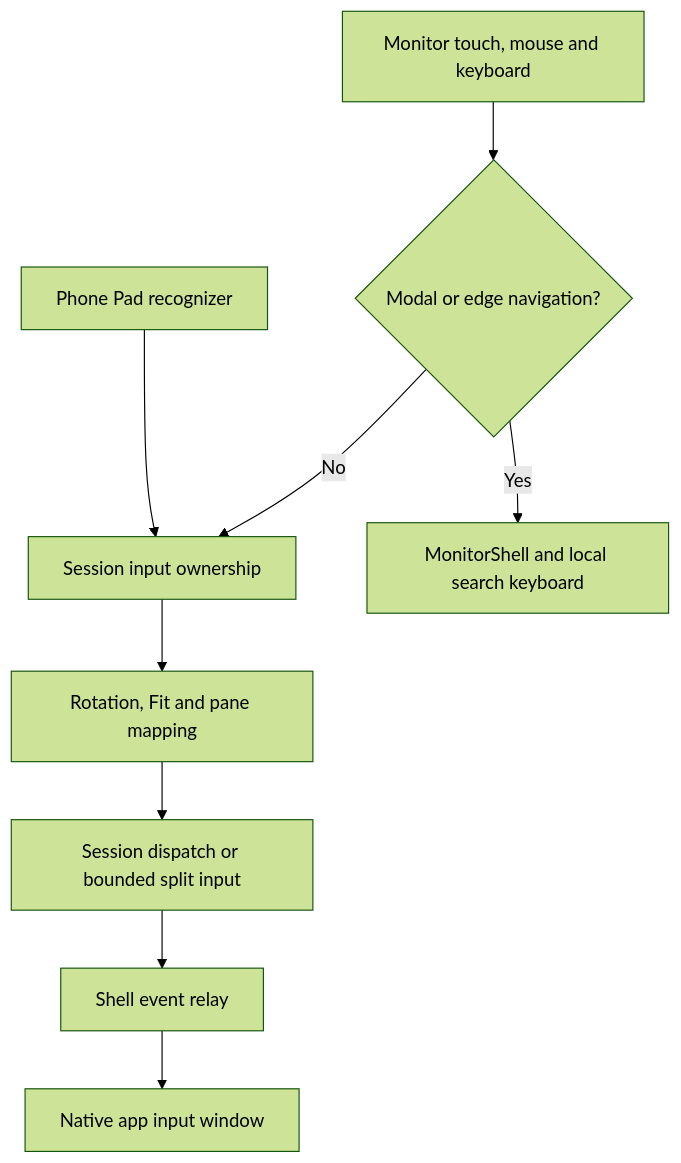
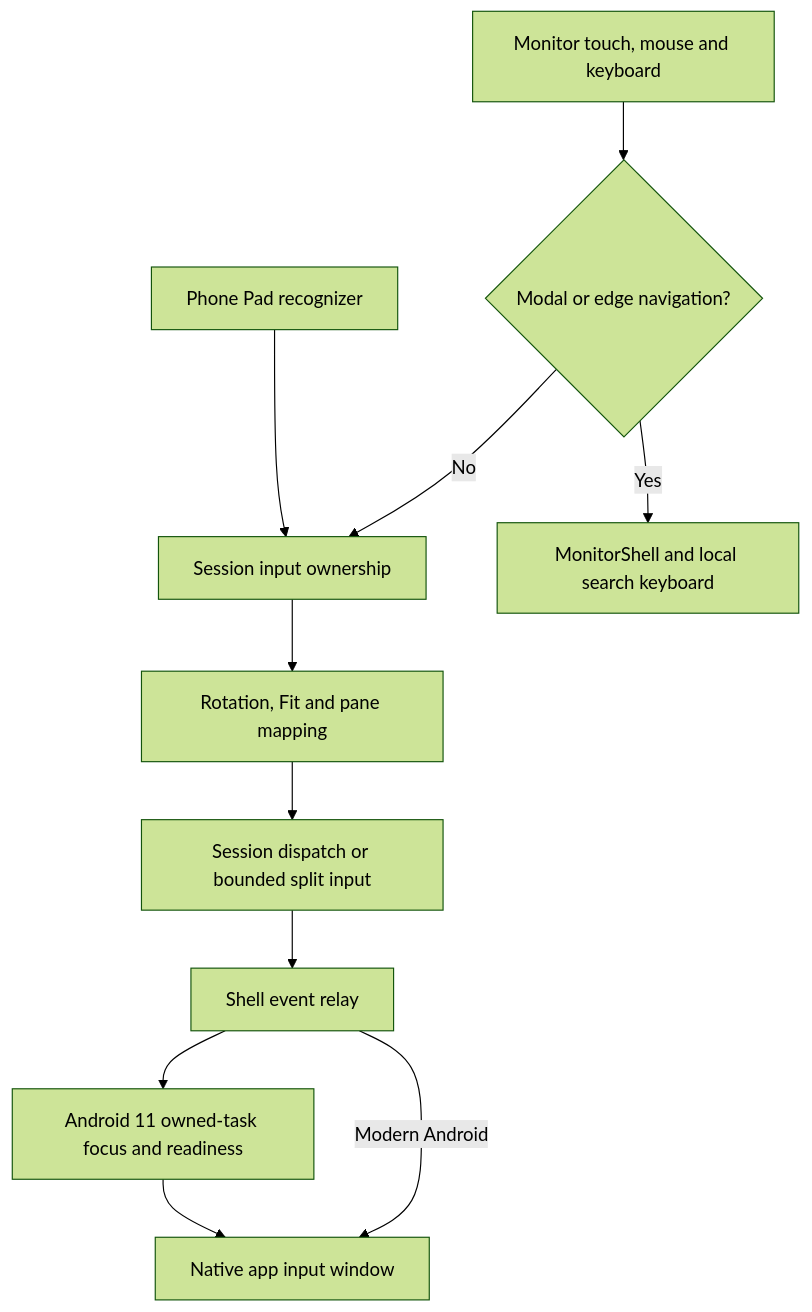
One commit to PhiLong-Ho/DexDroid changed the first of 2 diagrams in docs/architecture/features/input-and-navigation.md. Above: the diagram before and after it, drawn with Mermaid (forest theme). The commit also changed other lines of this file and 22 other files, not shown here.

Commit message:
Fix Android 11 split navigation preserving controller focus (#4)

````diff
--- a/docs/architecture/features/input-and-navigation.md
+++ b/docs/architecture/features/input-and-navigation.md
@@ -14,11 +14,13 @@
 ```mermaid
 flowchart TB
     Pad[Phone Pad recognizer] --> Owner[Session input ownership]
     Monitor[Monitor touch, mouse and keyboard] --> Modal{Modal or edge navigation?}
     Modal -->|Yes| Shell[MonitorShell and local search keyboard]
     Modal -->|No| Owner
     Owner --> Geometry[Rotation, Fit and pane mapping]
     Geometry --> Dispatch[Session dispatch or bounded split input]
     Dispatch --> Bridge[Shell event relay]
-    Bridge --> App[Native app input window]
+    Bridge --> Legacy[Android 11 owned-task focus and readiness]
+    Legacy --> App[Native app input window]
+    Bridge -->|Modern Android| App
 ```
````
